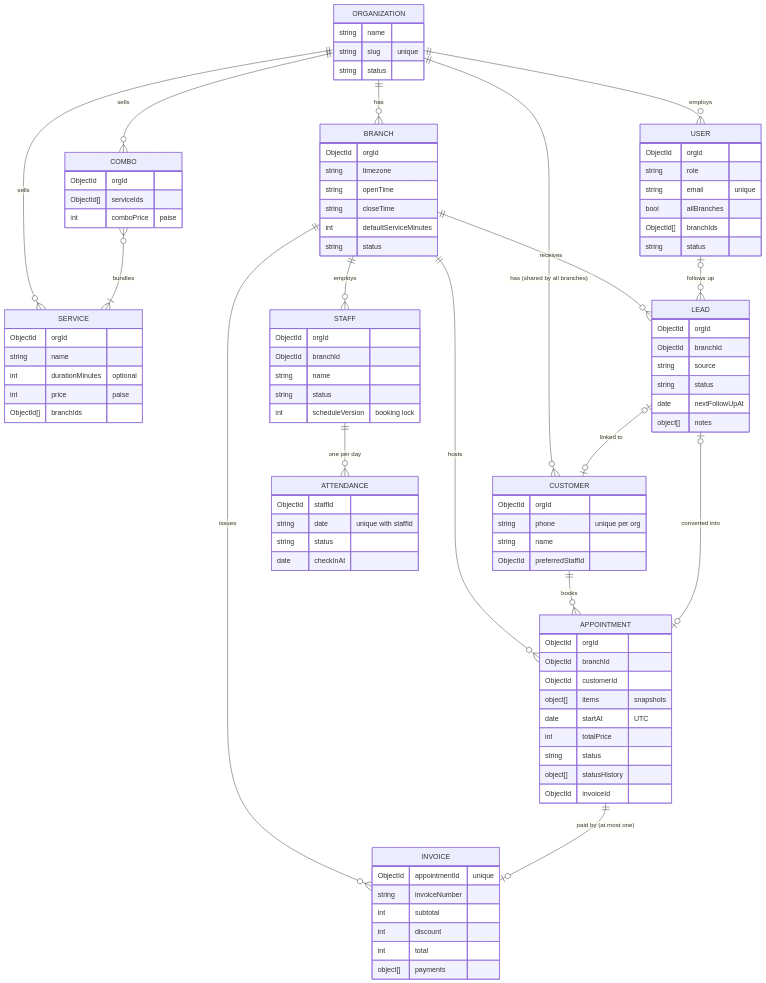
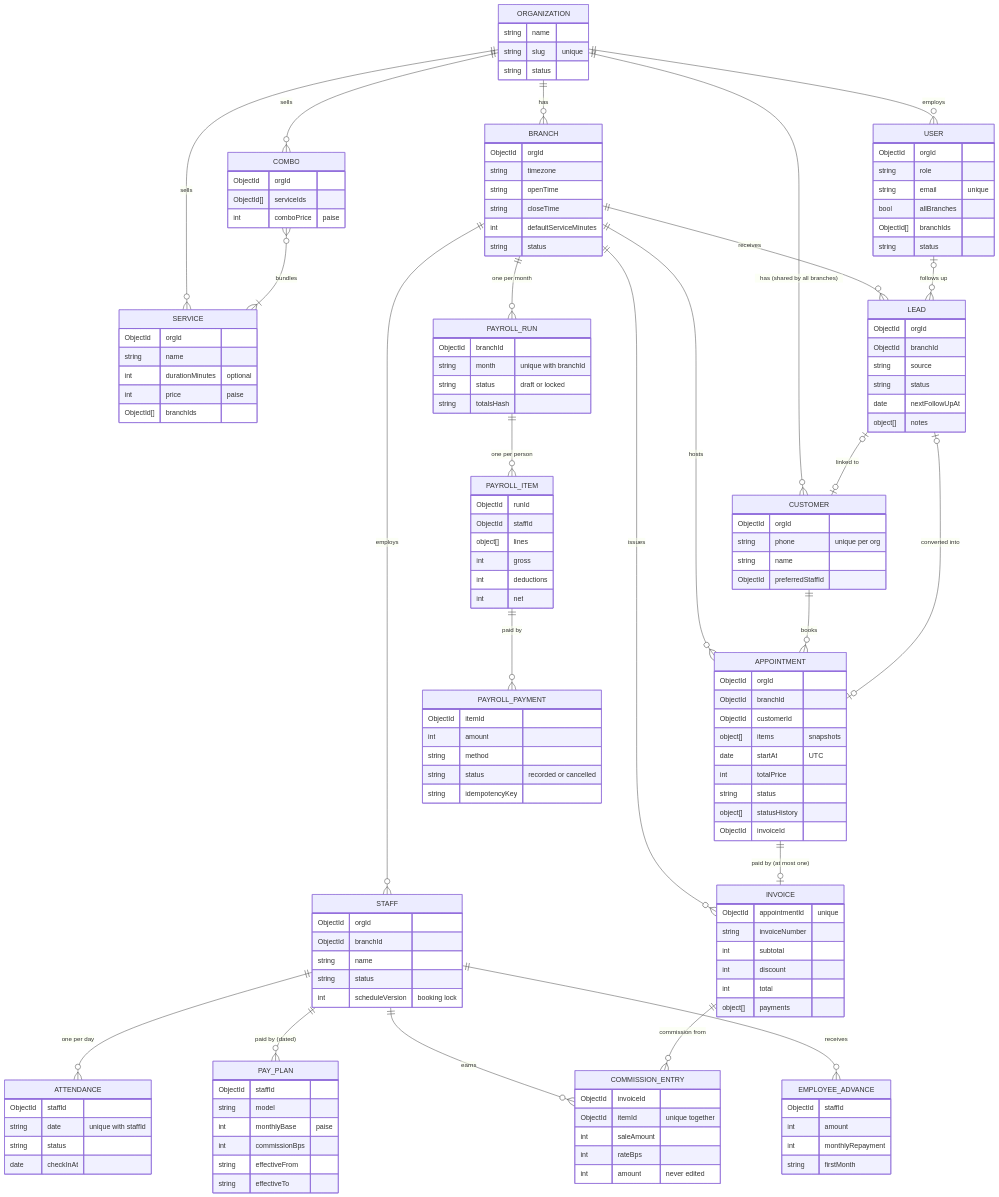
Before and after one commit to keshav-pec/GrowwPilot: the second of 2 diagrams in README.md, drawn with Mermaid. The commit also changed other lines of this file and 31 other files, not shown here.

````diff
--- a/README.md
+++ b/README.md
@@ -98,31 +114,44 @@
 ```mermaid
 erDiagram
   ORGANIZATION ||--o{ BRANCH : has
   ORGANIZATION ||--o{ USER : employs
   ORGANIZATION ||--o{ SERVICE : sells
   ORGANIZATION ||--o{ COMBO : sells
   ORGANIZATION ||--o{ CUSTOMER : "has (shared by all branches)"
   BRANCH ||--o{ STAFF : employs
   BRANCH ||--o{ APPOINTMENT : hosts
   BRANCH ||--o{ LEAD : receives
   BRANCH ||--o{ INVOICE : issues
   STAFF ||--o{ ATTENDANCE : "one per day"
   COMBO }o--|{ SERVICE : bundles
   CUSTOMER ||--o{ APPOINTMENT : books
   APPOINTMENT ||--o| INVOICE : "paid by (at most one)"
   LEAD |o--o| APPOINTMENT : "converted into"
   LEAD |o--o| CUSTOMER : "linked to"
   USER |o--o{ LEAD : "follows up"
+  STAFF ||--o{ PAY_PLAN : "paid by (dated)"
+  STAFF ||--o{ COMMISSION_ENTRY : earns
+  INVOICE ||--o{ COMMISSION_ENTRY : "commission from"
+  BRANCH ||--o{ PAYROLL_RUN : "one per month"
+  PAYROLL_RUN ||--o{ PAYROLL_ITEM : "one per person"
+  PAYROLL_ITEM ||--o{ PAYROLL_PAYMENT : "paid by"
+  STAFF ||--o{ EMPLOYEE_ADVANCE : receives
 
   ORGANIZATION { string name string slug "unique" string status }
   BRANCH { ObjectId orgId string timezone string openTime string closeTime int defaultServiceMinutes string status }
   USER { ObjectId orgId string role string email "unique" bool allBranches ObjectId[] branchIds string status }
   STAFF { ObjectId orgId ObjectId branchId string name string status int scheduleVersion "booking lock" }
   SERVICE { ObjectId orgId string name int durationMinutes "optional" int price "paise" ObjectId[] branchIds }
   COMBO { ObjectId orgId ObjectId[] serviceIds int comboPrice "paise" }
   CUSTOMER { ObjectId orgId string phone "unique per org" string name ObjectId preferredStaffId }
   APPOINTMENT { ObjectId orgId ObjectId branchId ObjectId customerId object[] items "snapshots" date startAt "UTC" int totalPrice string status object[] statusHistory ObjectId invoiceId }
   INVOICE { ObjectId appointmentId "unique" string invoiceNumber int subtotal int discount int total object[] payments }
   LEAD { ObjectId orgId ObjectId branchId string source string status date nextFollowUpAt object[] notes }
   ATTENDANCE { ObjectId staffId string date "unique with staffId" string status date checkInAt }
+  PAY_PLAN { ObjectId staffId string model int monthlyBase "paise" int commissionBps string effectiveFrom string effectiveTo }
+  COMMISSION_ENTRY { ObjectId invoiceId ObjectId itemId "unique together" int saleAmount int rateBps int amount "never edited" }
+  PAYROLL_RUN { ObjectId branchId string month "unique with branchId" string status "draft or locked" string totalsHash }
+  PAYROLL_ITEM { ObjectId runId ObjectId staffId object[] lines int gross int deductions int net }
+  PAYROLL_PAYMENT { ObjectId itemId int amount string method string status "recorded or cancelled" string idempotencyKey }
+  EMPLOYEE_ADVANCE { ObjectId staffId int amount int monthlyRepayment string firstMonth }
 ```
````
